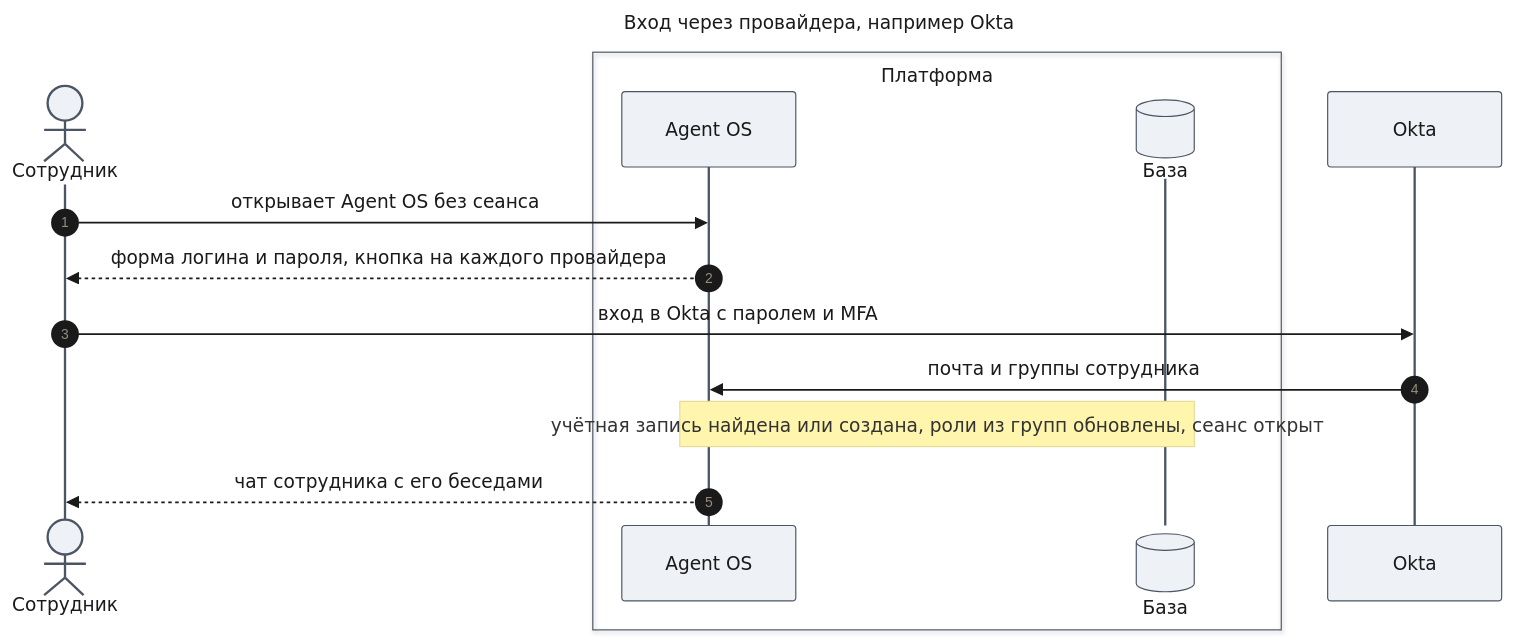
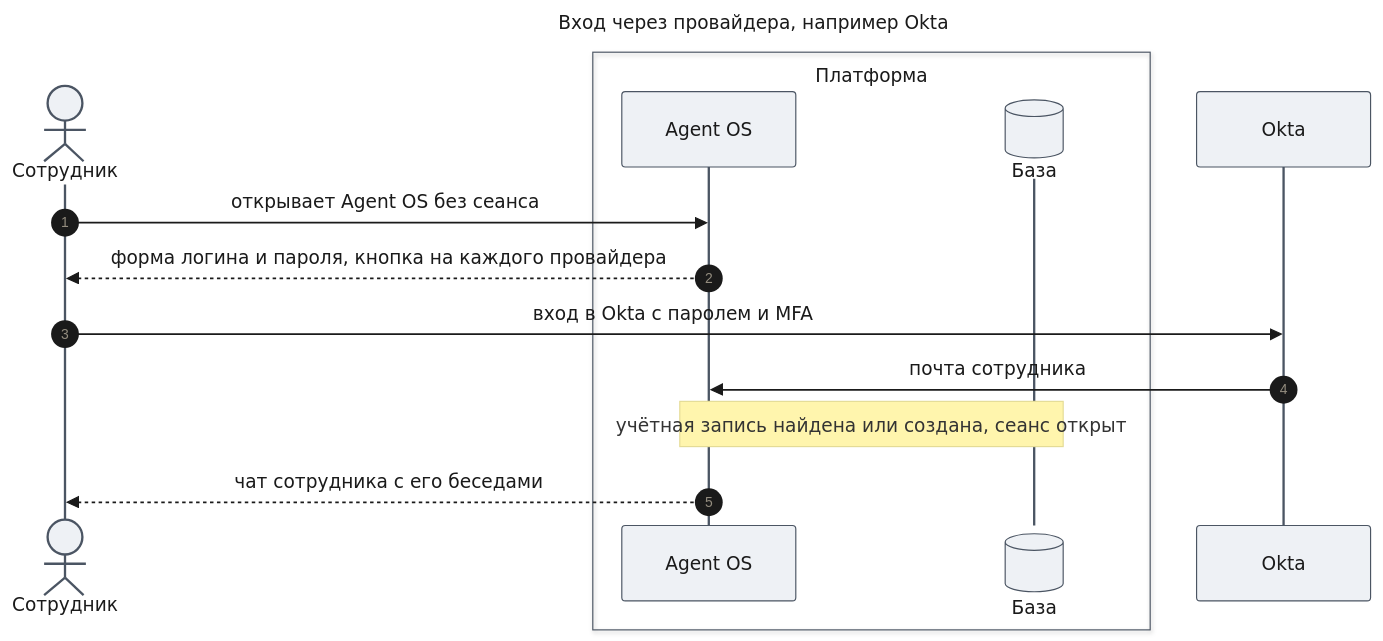
The fifth of 6 diagrams in docs/features/enterprise-access/prd.md (tundraray/agent-os), drawn with Mermaid before and after one commit. The commit also changed other lines of this file, not shown here.

````diff
--- a/docs/features/enterprise-access/prd.md
+++ b/docs/features/enterprise-access/prd.md
@@ -288,35 +286,35 @@
 ```mermaid
 ---
 title: "Вход через провайдера, например Okta"
 config:
   theme: base
   look: classic
   themeVariables:
     primaryColor: "#eef1f5"
     primaryBorderColor: "#4b5563"
     primaryTextColor: "#1a1a1a"
     lineColor: "#6b7280"
   themeCSS: |
     @keyframes lit_si{0%,18%{stroke:#991b1b;stroke-width:6px}20%,100%{stroke:#37474f;stroke-width:2px}}
     @keyframes litr_si{0%,18%{stroke:#1d4ed8;stroke-width:6px}20%,100%{stroke:#37474f;stroke-width:2px}}
     .messageLine0[data-id='i1'],.messageLine1[data-id='i1']{animation:lit_si 6s linear 0s infinite}
     .messageLine0[data-id='i2'],.messageLine1[data-id='i2']{animation:litr_si 6s linear 1.2s infinite}
     .messageLine0[data-id='i3'],.messageLine1[data-id='i3']{animation:lit_si 6s linear 2.4s infinite}
     .messageLine0[data-id='i4'],.messageLine1[data-id='i4']{animation:lit_si 6s linear 3.6s infinite}
     .messageLine0[data-id='i6'],.messageLine1[data-id='i6']{animation:litr_si 6s linear 4.8s infinite}
 ---
 sequenceDiagram
     autonumber
     actor U as Сотрудник
     box Платформа
     participant S as Agent OS
     participant DB@{ "type": "database" } as База
     end
     participant O as Okta
     U->>S: открывает Agent OS без сеанса
     S-->>U: форма логина и пароля, кнопка на каждого провайдера
     U->>O: вход в Okta с паролем и MFA
-    O->>S: почта и группы сотрудника
-    Note over S,DB: учётная запись найдена или создана, роли из групп обновлены, сеанс открыт
+    O->>S: почта сотрудника
+    Note over S,DB: учётная запись найдена или создана, сеанс открыт
     S-->>U: чат сотрудника с его беседами
 ```
````
